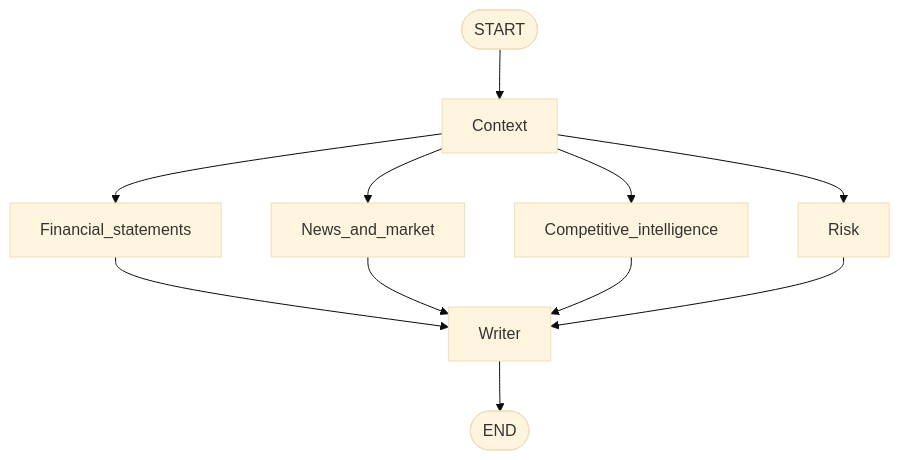
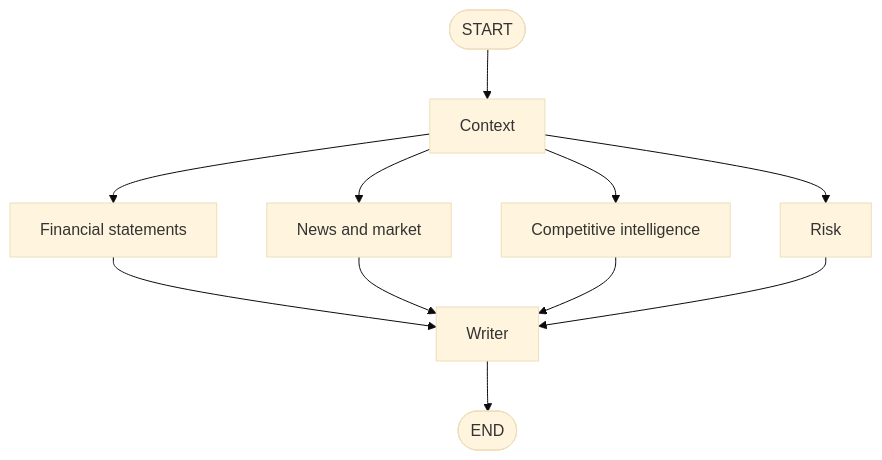
The second of 3 diagrams in README.md (jerryyao-uofc/agentic-portfolio-watcher), drawn with Mermaid (base theme) before and after one commit. The commit also changed other lines of this file, not shown here.

Commit message:
Fix the design diagrams so GitHub can render the research topology.

````diff
--- a/README.md
+++ b/README.md
@@ -65,22 +65,22 @@
 ```mermaid
 flowchart TB
   startNode([START])
-  context[Context]
-  financial[Financial_statements]
-  news[News_and_market]
-  competitive[Competitive_intelligence]
-  risk[Risk]
-  writer[Writer]
+  contextNode[Context]
+  financialNode[Financial statements]
+  newsNode[News and market]
+  competitiveNode[Competitive intelligence]
+  riskNode[Risk]
+  writerNode[Writer]
   endNode([END])
 
-  startNode --> context
-  context --> financial
-  context --> news
-  context --> competitive
-  context --> risk
-  financial --> writer
-  news --> writer
-  competitive --> writer
-  risk --> writer
-  writer --> endNode
+  startNode --> contextNode
+  contextNode --> financialNode
+  contextNode --> newsNode
+  contextNode --> competitiveNode
+  contextNode --> riskNode
+  financialNode --> writerNode
+  newsNode --> writerNode
+  competitiveNode --> writerNode
+  riskNode --> writerNode
+  writerNode --> endNode
 ```
````
